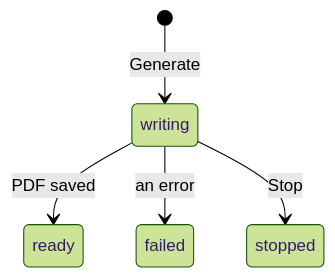
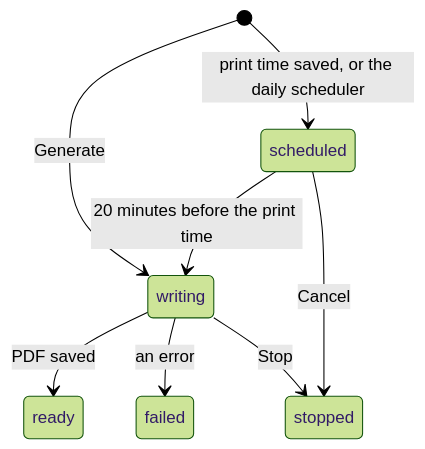
Before and after one commit to chieri518/daily-print: the third of 3 diagrams in docs/ARCHITECTURE.md, drawn with Mermaid (forest theme). The commit also changed other lines of this file and 37 other files, not shown here.

````diff
--- a/docs/ARCHITECTURE.md
+++ b/docs/ARCHITECTURE.md
@@ -65,7 +74,10 @@
 ```mermaid
 stateDiagram-v2
+  [*] --> scheduled: print time saved, or the daily scheduler
+  scheduled --> writing: 20 minutes before the print time
   [*] --> writing: Generate
   writing --> ready: PDF saved
   writing --> failed: an error
+  scheduled --> stopped: Cancel
   writing --> stopped: Stop
 ```
````
